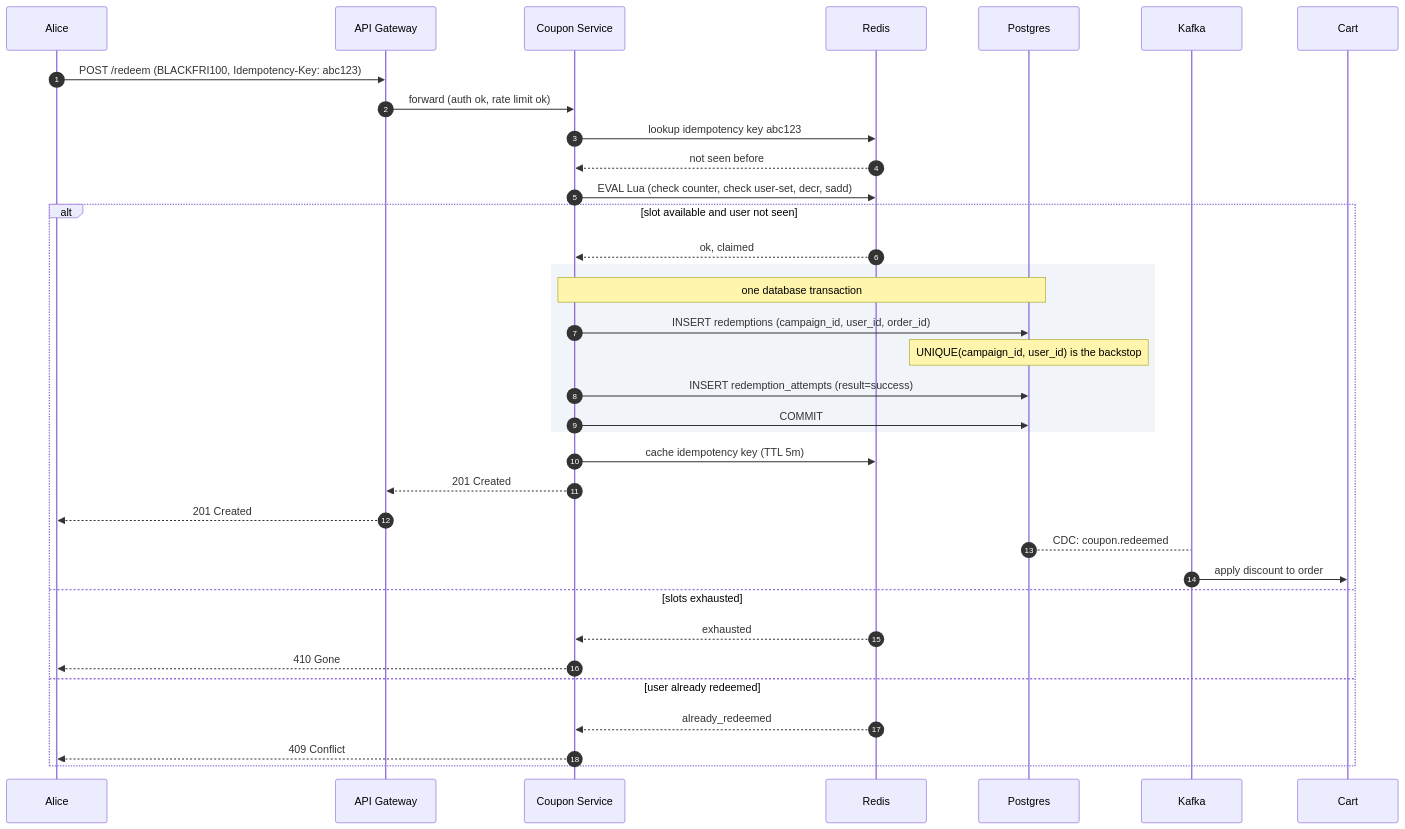
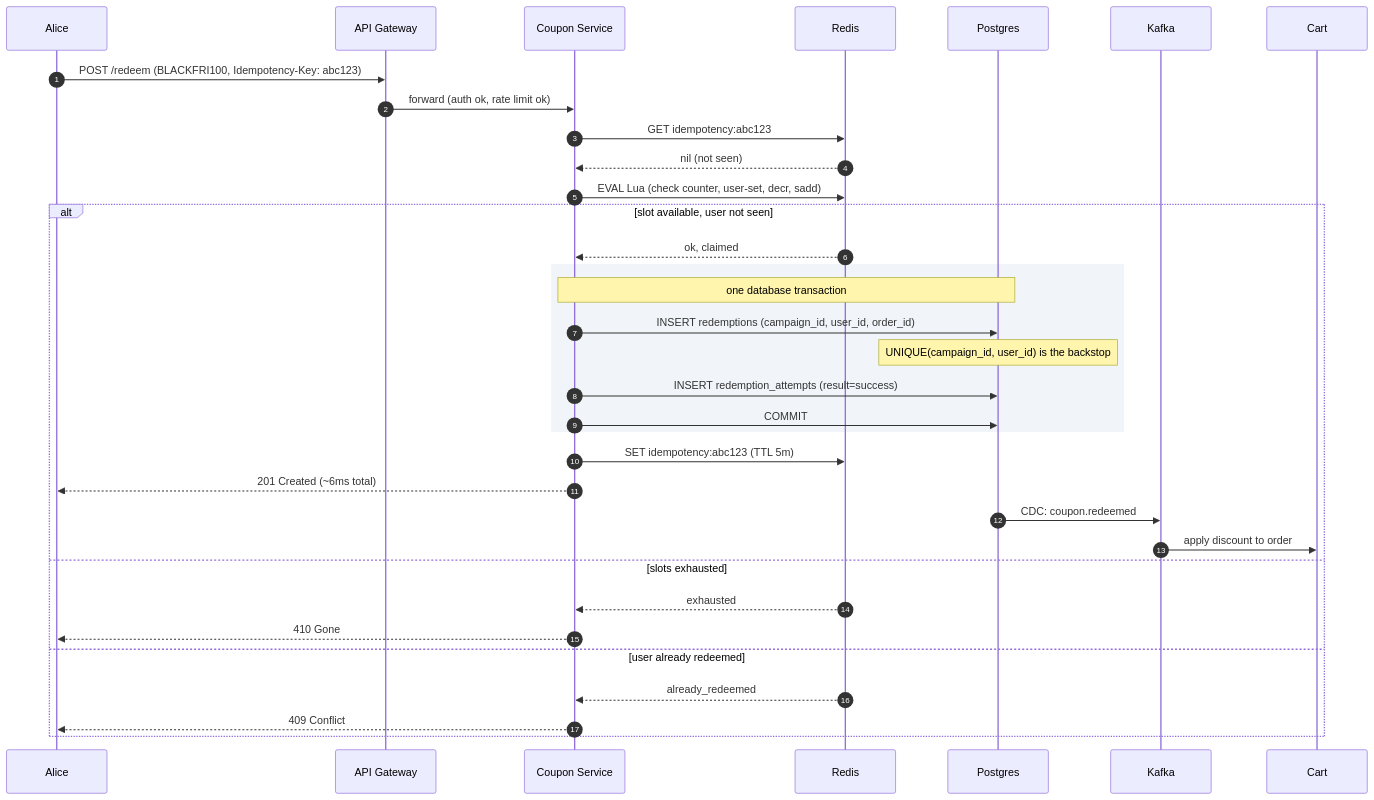
One commit to shiningflash/system-design changed the tenth of 11 diagrams in problems/014-coupon-redemption/question.md. Above: the diagram before and after it, drawn with Mermaid. The commit also changed other lines of this file and 37 other files, not shown here.

````diff
--- a/problems/014-coupon-redemption/question.md
+++ b/problems/014-coupon-redemption/question.md
@@ -375,39 +441,38 @@
 ```mermaid
 sequenceDiagram
     autonumber
     participant Alice
     participant GW as API Gateway
     participant S as Coupon Service
     participant Redis
     participant DB as Postgres
     participant K as Kafka
     participant Cart
 
     Alice->>GW: POST /redeem (BLACKFRI100, Idempotency-Key: abc123)
     GW->>S: forward (auth ok, rate limit ok)
-    S->>Redis: lookup idempotency key abc123
-    Redis-->>S: not seen before
-    S->>Redis: EVAL Lua (check counter, check user-set, decr, sadd)
+    S->>Redis: GET idempotency:abc123
+    Redis-->>S: nil (not seen)
+    S->>Redis: EVAL Lua (check counter, user-set, decr, sadd)
 
-    alt slot available and user not seen
+    alt slot available, user not seen
         Redis-->>S: ok, claimed
         rect rgb(241, 245, 249)
             Note over S,DB: one database transaction
             S->>DB: INSERT redemptions (campaign_id, user_id, order_id)
             Note over DB: UNIQUE(campaign_id, user_id) is the backstop
             S->>DB: INSERT redemption_attempts (result=success)
             S->>DB: COMMIT
         end
-        S->>Redis: cache idempotency key (TTL 5m)
-        S-->>GW: 201 Created
-        GW-->>Alice: 201 Created
-        DB-->K: CDC: coupon.redeemed
+        S->>Redis: SET idempotency:abc123 (TTL 5m)
+        S-->>Alice: 201 Created (~6ms total)
+        DB->>K: CDC: coupon.redeemed
         K->>Cart: apply discount to order
     else slots exhausted
         Redis-->>S: exhausted
         S-->>Alice: 410 Gone
     else user already redeemed
         Redis-->>S: already_redeemed
         S-->>Alice: 409 Conflict
     end
 ```
````
